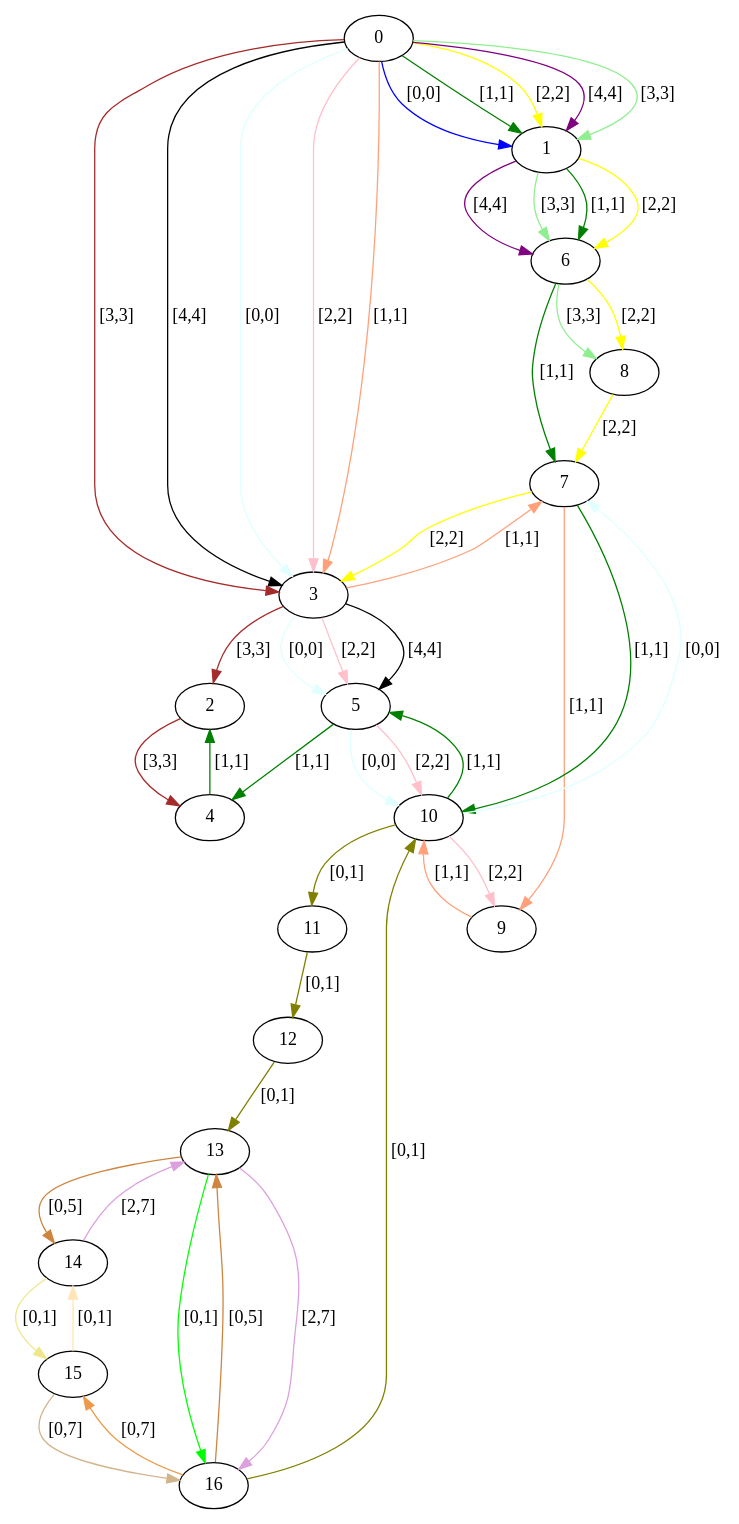
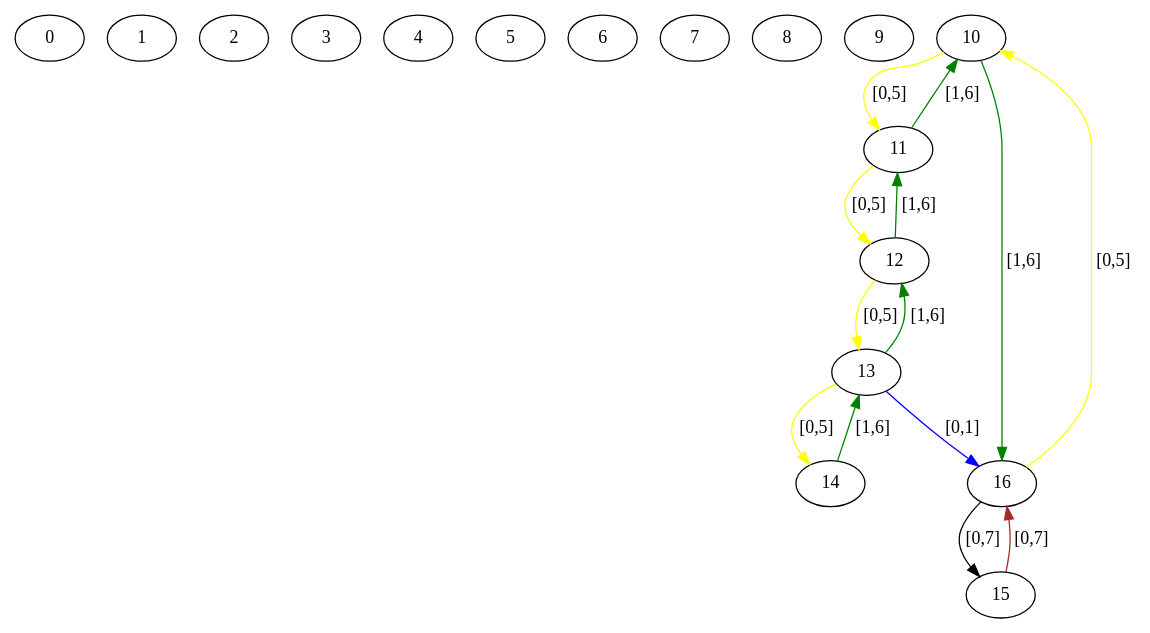
One commit to Hebbe1234/ExpectAll changed the diagram in src/assignedGraphs/assigned.dot. Above: the diagram before and after it, drawn with Graphviz. The commit also changed 3 other files, not shown here.

```diff
--- a/src/assignedGraphs/assigned.dot
+++ b/src/assignedGraphs/assigned.dot
@@ -1,67 +1,32 @@
 digraph  {
 0 [label=0];
 1 [label=1];
 2 [label=2];
 3 [label=3];
 4 [label=4];
 5 [label=5];
 6 [label=6];
 7 [label=7];
 8 [label=8];
 9 [label=9];
 10 [label=10];
 11 [label=11];
 12 [label=12];
 13 [label=13];
 14 [label=14];
 15 [label=15];
 16 [label=16];
-0 -> 1  [color=blue, key=0, label="[0,0]"];
-0 -> 1  [color=green, key=1, label="[1,1]"];
-0 -> 1  [color=yellow, key=2, label="[2,2]"];
-0 -> 1  [color=purple, key=3, label="[4,4]"];
-0 -> 1  [color=lightgreen, key=4, label="[3,3]"];
-0 -> 3  [color=brown, key=0, label="[3,3]"];
-0 -> 3  [color=black, key=1, label="[4,4]"];
-0 -> 3  [color=lightcyan, key=2, label="[0,0]"];
-0 -> 3  [color=pink, key=3, label="[2,2]"];
-0 -> 3  [color=lightsalmon, key=4, label="[1,1]"];
-1 -> 6  [color=green, key=0, label="[1,1]"];
-1 -> 6  [color=yellow, key=1, label="[2,2]"];
-1 -> 6  [color=purple, key=2, label="[4,4]"];
-1 -> 6  [color=lightgreen, key=3, label="[3,3]"];
-2 -> 4  [color=brown, key=0, label="[3,3]"];
-3 -> 2  [color=brown, key=0, label="[3,3]"];
-3 -> 5  [color=black, key=0, label="[4,4]"];
-3 -> 5  [color=lightcyan, key=1, label="[0,0]"];
-3 -> 5  [color=pink, key=2, label="[2,2]"];
-3 -> 7  [color=lightsalmon, key=0, label="[1,1]"];
-4 -> 2  [color=green, key=0, label="[1,1]"];
-5 -> 4  [color=green, key=0, label="[1,1]"];
-5 -> 10  [color=lightcyan, key=0, label="[0,0]"];
-5 -> 10  [color=pink, key=1, label="[2,2]"];
-6 -> 7  [color=green, key=0, label="[1,1]"];
-6 -> 8  [color=yellow, key=0, label="[2,2]"];
-6 -> 8  [color=lightgreen, key=1, label="[3,3]"];
-7 -> 10  [color=green, key=0, label="[1,1]"];
-7 -> 3  [color=yellow, key=0, label="[2,2]"];
-7 -> 9  [color=lightsalmon, key=0, label="[1,1]"];
-8 -> 7  [color=yellow, key=0, label="[2,2]"];
-9 -> 10  [color=lightsalmon, key=0, label="[1,1]"];
-10 -> 5  [color=green, key=0, label="[1,1]"];
-10 -> 7  [color=lightcyan, key=0, label="[0,0]"];
-10 -> 9  [color=pink, key=0, label="[2,2]"];
-10 -> 11  [color=olive, key=0, label="[0,1]"];
-11 -> 12  [color=olive, key=0, label="[0,1]"];
-12 -> 13  [color=olive, key=0, label="[0,1]"];
-13 -> 16  [color=lime, key=0, label="[0,1]"];
-13 -> 16  [color=plum, key=1, label="[2,7]"];
-13 -> 14  [color=peru, key=0, label="[0,5]"];
-14 -> 15  [color=khaki, key=0, label="[0,1]"];
-14 -> 13  [color=plum, key=0, label="[2,7]"];
-15 -> 14  [color=moccasin, key=0, label="[0,1]"];
-15 -> 16  [color=tan, key=0, label="[0,7]"];
-16 -> 10  [color=olive, key=0, label="[0,1]"];
-16 -> 13  [color=peru, key=0, label="[0,5]"];
-16 -> 15  [color=tan2, key=0, label="[0,7]"];
+10 -> 16  [color=green, key=0, label="[1,6]"];
+10 -> 11  [color=yellow, key=0, label="[0,5]"];
+11 -> 10  [color=green, key=0, label="[1,6]"];
+11 -> 12  [color=yellow, key=0, label="[0,5]"];
+12 -> 11  [color=green, key=0, label="[1,6]"];
+12 -> 13  [color=yellow, key=0, label="[0,5]"];
+13 -> 16  [color=blue, key=0, label="[0,1]"];
+13 -> 12  [color=green, key=0, label="[1,6]"];
+13 -> 14  [color=yellow, key=0, label="[0,5]"];
+14 -> 13  [color=green, key=0, label="[1,6]"];
+15 -> 16  [color=brown, key=0, label="[0,7]"];
+16 -> 10  [color=yellow, key=0, label="[0,5]"];
+16 -> 15  [color=black, key=0, label="[0,7]"];
 }
```
